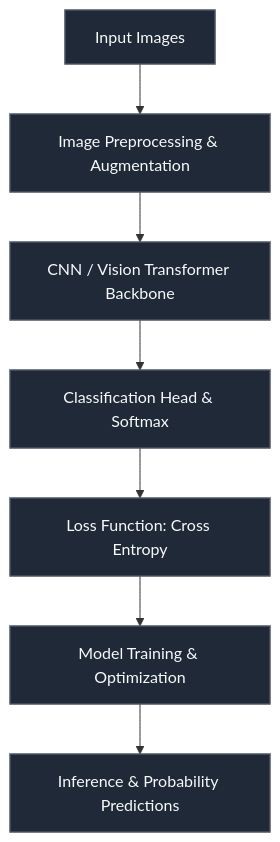
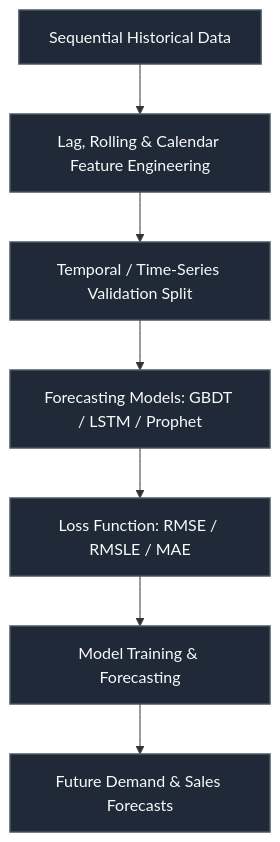
Before and after one commit to RAFIRE-ESSE/Corporaci-n-Favorita-Store-Sales-Time-Series-Forecasting: the diagram in README.md, drawn with Mermaid.

````diff
--- a/README.md
+++ b/README.md
@@ -29,16 +29,16 @@
 ```mermaid
 flowchart TD
-    Images[Input Images] --> Pre[Image Preprocessing & Augmentation]
-    Pre --> Encoder[CNN / Vision Transformer Backbone]
-    Encoder --> Head[Classification Head & Softmax]
-    Head --> Loss[Loss Function: Cross Entropy]
-    Loss --> Train[Model Training & Optimization]
-    Train --> Pred[Inference & Probability Predictions]
-    style Images fill:#1f2937,stroke:#4b5563,stroke-width:1.5px,color:#f9fafb
+    Data[Sequential Historical Data] --> Pre[Lag, Rolling & Calendar Feature Engineering]
+    Pre --> Split[Temporal / Time-Series Validation Split]
+    Split --> Models[Forecasting Models: GBDT / LSTM / Prophet]
+    Models --> Loss[Loss Function: RMSE / RMSLE / MAE]
+    Loss --> Train[Model Training & Forecasting]
+    Train --> Pred[Future Demand & Sales Forecasts]
+    style Data fill:#1f2937,stroke:#4b5563,stroke-width:1.5px,color:#f9fafb
     style Pre fill:#1f2937,stroke:#4b5563,stroke-width:1.5px,color:#f9fafb
-    style Encoder fill:#1f2937,stroke:#4b5563,stroke-width:1.5px,color:#f9fafb
-    style Head fill:#1f2937,stroke:#4b5563,stroke-width:1.5px,color:#f9fafb
+    style Split fill:#1f2937,stroke:#4b5563,stroke-width:1.5px,color:#f9fafb
+    style Models fill:#1f2937,stroke:#4b5563,stroke-width:1.5px,color:#f9fafb
     style Loss fill:#1f2937,stroke:#4b5563,stroke-width:1.5px,color:#f9fafb
     style Train fill:#1f2937,stroke:#4b5563,stroke-width:1.5px,color:#f9fafb
     style Pred fill:#1f2937,stroke:#4b5563,stroke-width:1.5px,color:#f9fafb
 ```
````
